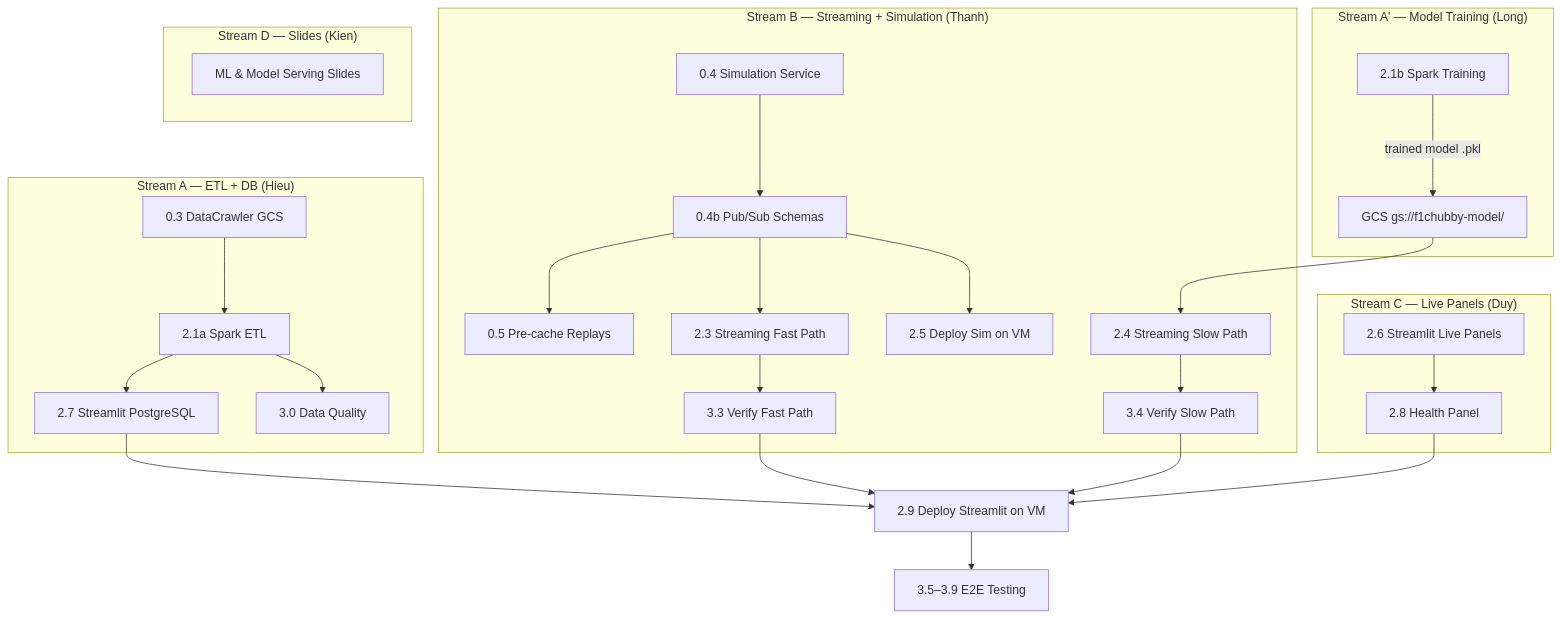
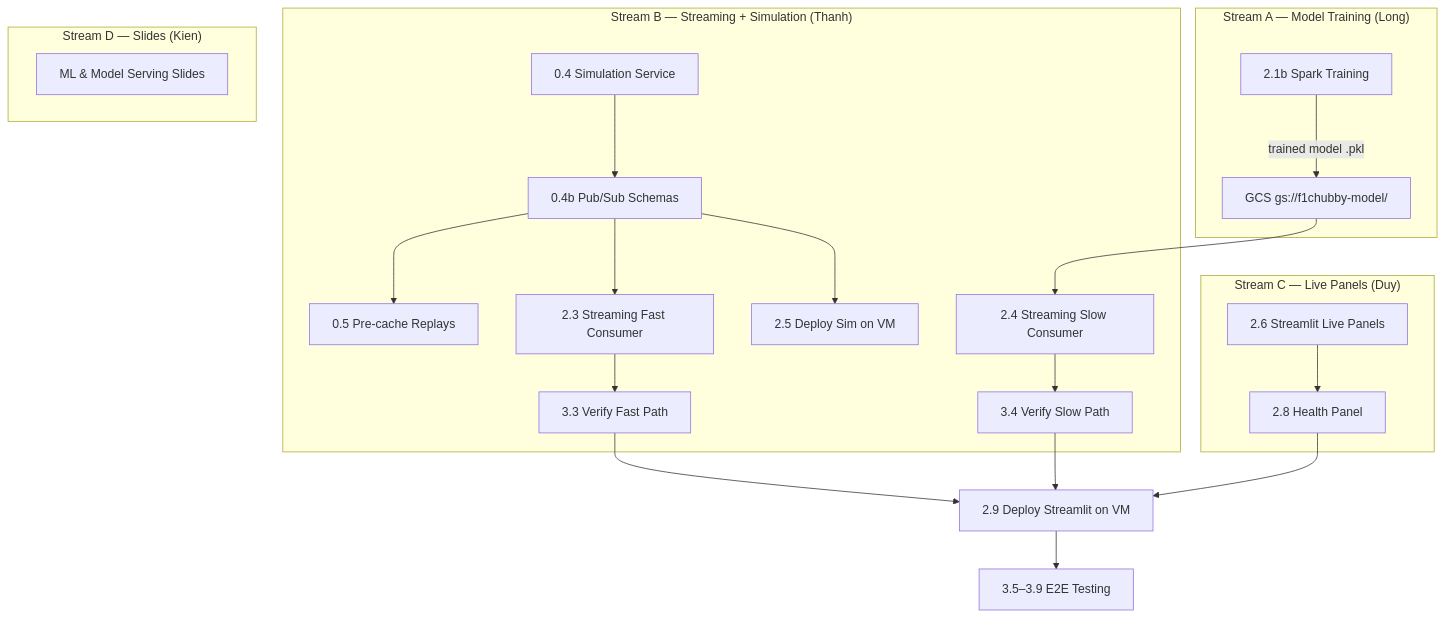
Before and after one commit to nmk-k66-uet/F1-Chubby-Data: diagram 11 of 11 in revised_plan.md, drawn with Mermaid. The commit also changed other lines of this file, not shown here.

````diff
--- a/revised_plan.md
+++ b/revised_plan.md
@@ -761,33 +735,27 @@
 ```mermaid
 flowchart TD
-    subgraph "Stream A — ETL + DB (Hieu)"
-        A1[0.3 DataCrawler GCS] --> A2[2.1a Spark ETL]
-        A2 --> A3[2.7 Streamlit PostgreSQL]
-        A2 --> A4[3.0 Data Quality]
-    end
-
-    subgraph "Stream A' — Model Training (Long)"
+    subgraph "Stream A — Model Training (Long)"
         AT1[2.1b Spark Training] -->|trained model .pkl| AT2[GCS gs://f1chubby-model/]
     end
 
     subgraph "Stream B — Streaming + Simulation (Thanh)"
         B1[0.4 Simulation Service] --> B1b[0.4b Pub/Sub Schemas]
         B1b --> B2[0.5 Pre-cache Replays]
-        B1b --> B3[2.3 Streaming Fast Path]
+        B1b --> B3[2.3 Streaming Fast Consumer]
         B1b --> B4[2.5 Deploy Sim on VM]
-        AT2 --> B5[2.4 Streaming Slow Path]
+        AT2 --> B5[2.4 Streaming Slow Consumer]
         B3 --> B6[3.3 Verify Fast Path]
         B5 --> B7[3.4 Verify Slow Path]
     end
 
     subgraph "Stream C — Live Panels (Duy)"
         C1[2.6 Streamlit Live Panels] --> C2[2.8 Health Panel]
     end
 
     subgraph "Stream D — Slides (Kien)"
         D1[ML & Model Serving Slides]
     end
 
-    A3 & B6 & B7 & C2 --> DEPLOY[2.9 Deploy Streamlit on VM]
+    B6 & B7 & C2 --> DEPLOY[2.9 Deploy Streamlit on VM]
     DEPLOY --> TEST[3.5–3.9 E2E Testing]
 ```
````
